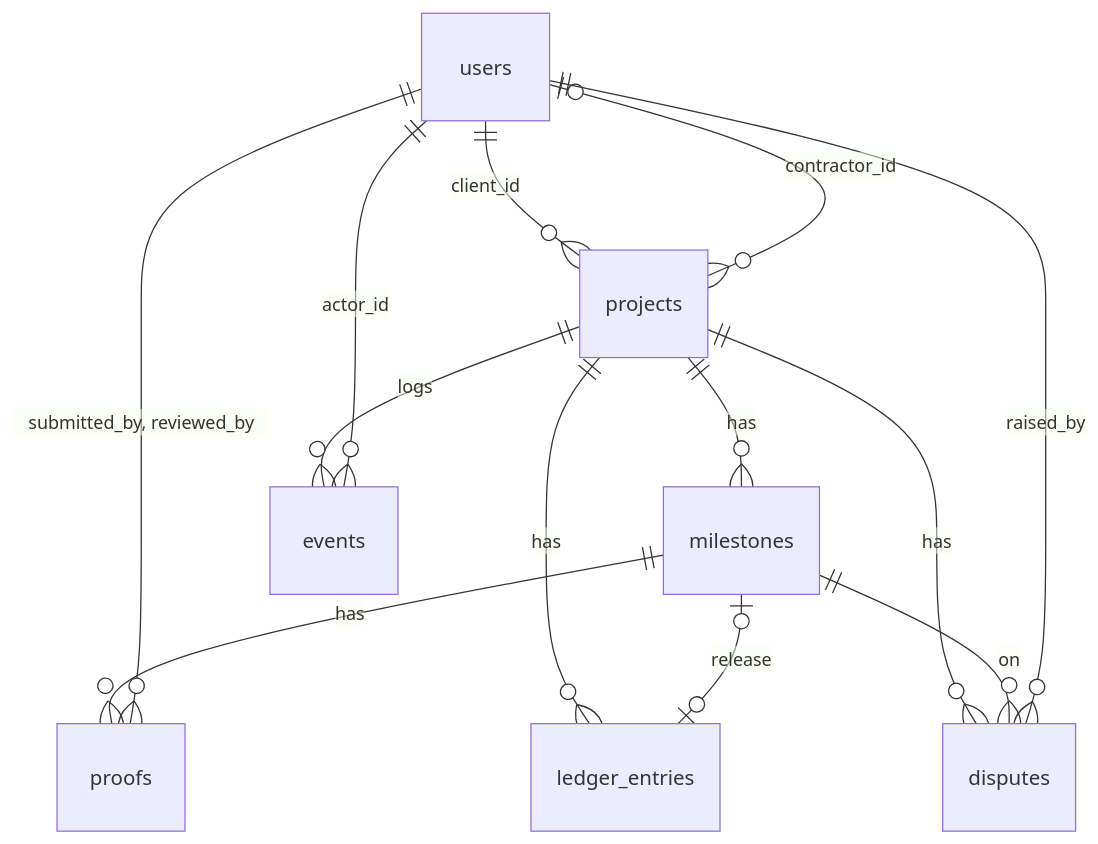
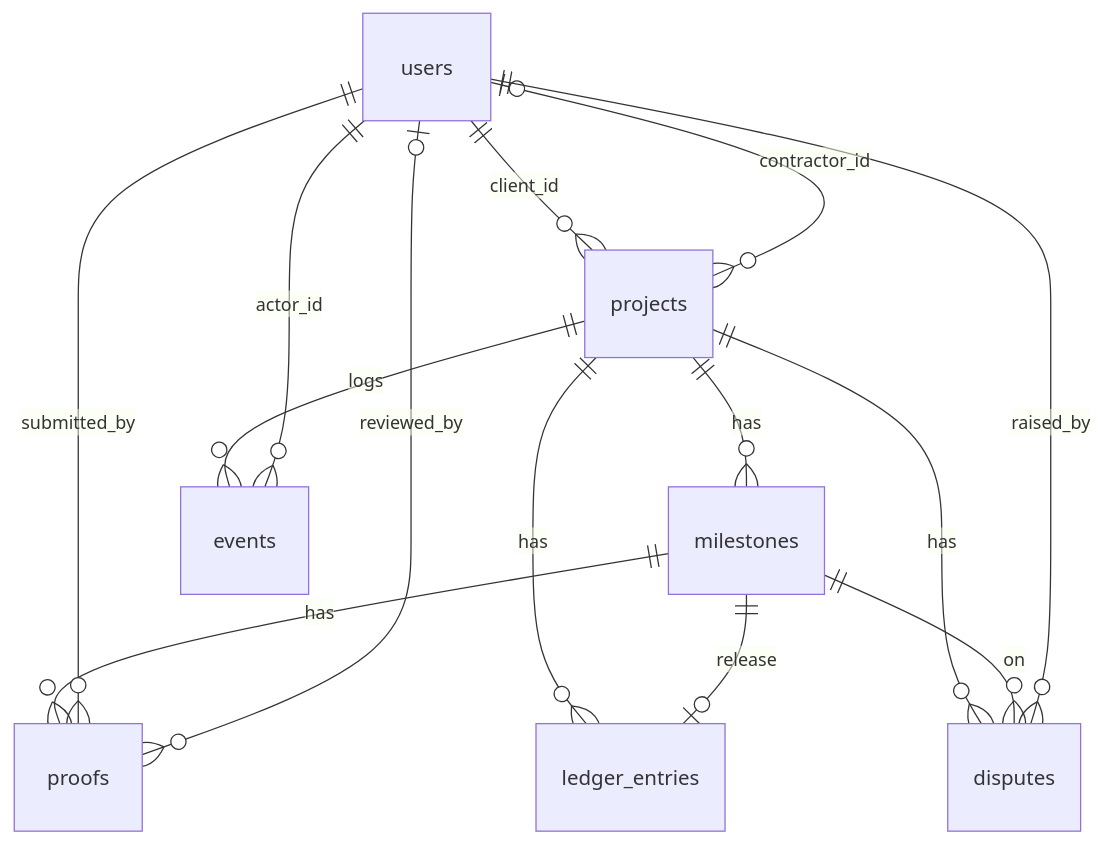
The diagram in dbms/01_normalization.md (sakshamkachhawaha/BuildBond_AP_2026), drawn with Mermaid before and after one commit. The commit also changed other lines of this file and 4 other files, not shown here.

````diff
--- a/dbms/01_normalization.md
+++ b/dbms/01_normalization.md
@@ -389,15 +401,16 @@
 ```mermaid
 erDiagram
     users ||--o{ projects : "client_id"
     users |o--o{ projects : "contractor_id"
     projects ||--o{ milestones : "has"
     milestones ||--o{ proofs : "has"
-    users ||--o{ proofs : "submitted_by, reviewed_by"
+    users ||--o{ proofs : "submitted_by"
+    users |o--o{ proofs : "reviewed_by"
     projects ||--o{ ledger_entries : "has"
-    milestones |o--o| ledger_entries : "release"
+    milestones ||--o| ledger_entries : "release"
     projects ||--o{ events : "logs"
     users ||--o{ events : "actor_id"
     projects ||--o{ disputes : "has"
     milestones ||--o{ disputes : "on"
     users ||--o{ disputes : "raised_by"
 ```
````
